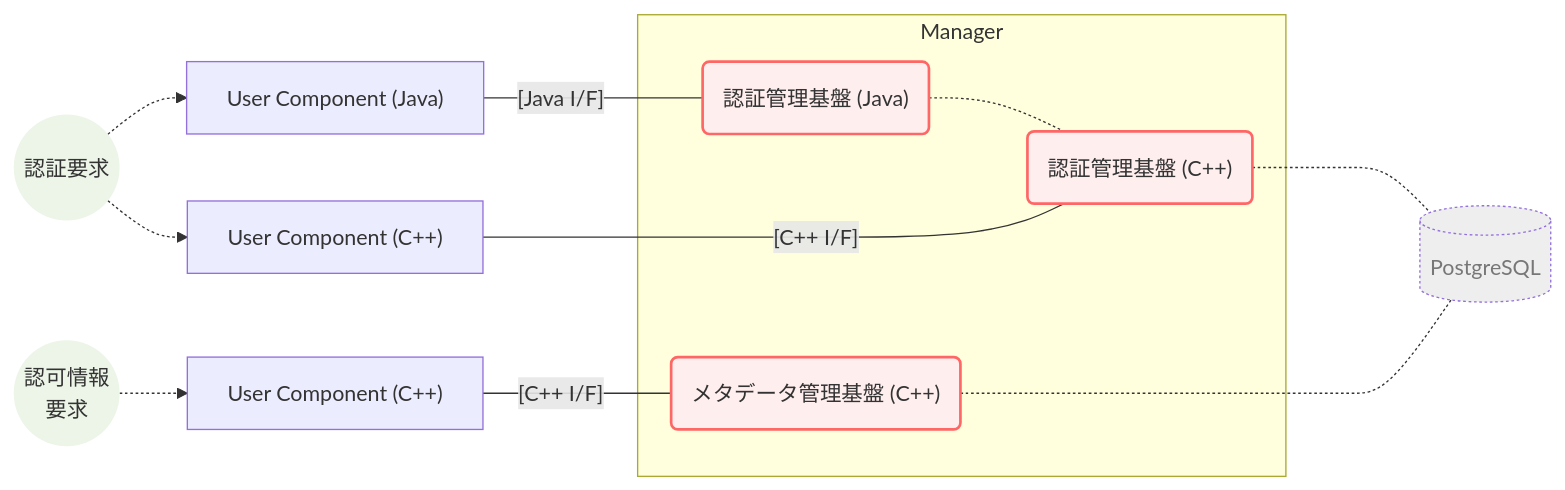
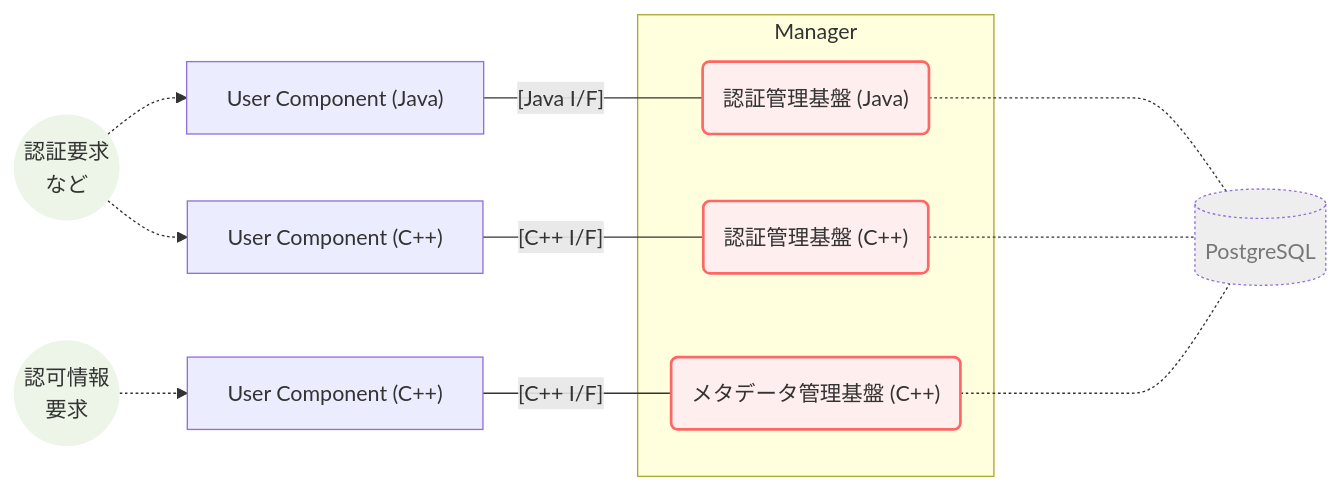
Before and after one commit to project-tsurugi/metadata-manager: the first of 4 diagrams in authentication-manager/docs/authentication_API_specification.md, drawn with Mermaid. The commit also changed other lines of this file, not shown here.

````diff
--- a/authentication-manager/docs/authentication_API_specification.md
+++ b/authentication-manager/docs/authentication_API_specification.md
@@ -49,29 +74,30 @@
 ```mermaid
 graph LR
   classDef request stroke-width:0px, fill:#ecf5e7
   classDef manager stroke-width:2px, stroke:#f66, fill:#fee
   classDef library color:#777, fill:#eee, stroke-dasharray:2 2
 
-  Authentication((認証要求)):::request
+  Authentication((認証要求<br>など)):::request
   Authorization(("認可情報<br>要求")):::request
   ComponentAuthJava["User Component (Java)"]
   ComponentAuthCpp["User Component (C++)"]
   ComponentMeta["User Component (C++)"]
   subgraph Manager
     AuthMngJava("認証管理基盤 (Java)"):::manager
     AuthMngCpp("認証管理基盤 (C++)"):::manager
     MetaMng("メタデータ管理基盤 (C++)"):::manager
   end
   DB[("PostgreSQL")]:::library
 
   Authentication .-> ComponentAuthJava
   ComponentAuthJava --"[Java I/F]"--- AuthMngJava
-  AuthMngJava .- AuthMngCpp
+  AuthMngJava .-  DB
+
   Authentication .-> ComponentAuthCpp
-  ComponentAuthCpp --"[C++ I/F]"---- AuthMngCpp
+  ComponentAuthCpp --"[C++ I/F]"--- AuthMngCpp
   AuthMngCpp .- DB
 
   Authorization .-> ComponentMeta
   ComponentMeta --"[C++ I/F]"--- MetaMng
   MetaMng ...- DB
 ```
````
